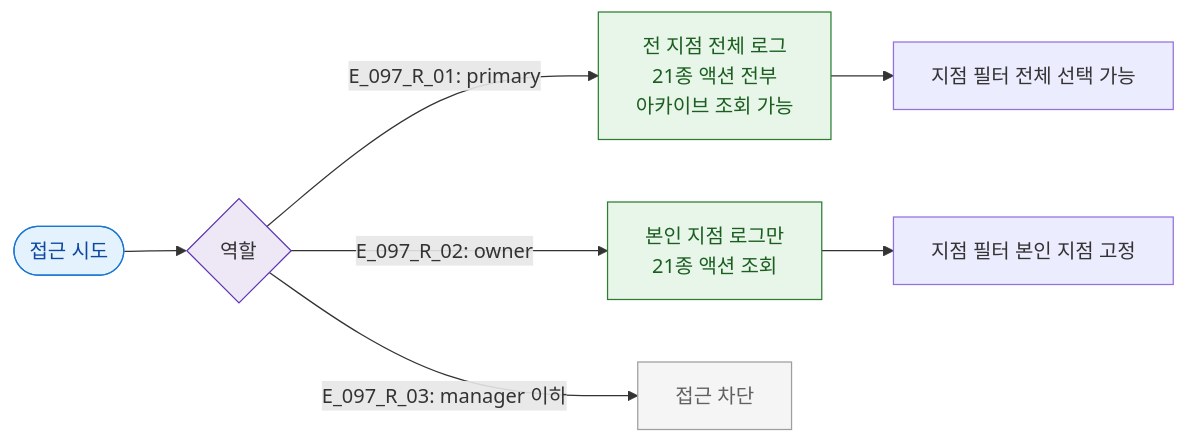
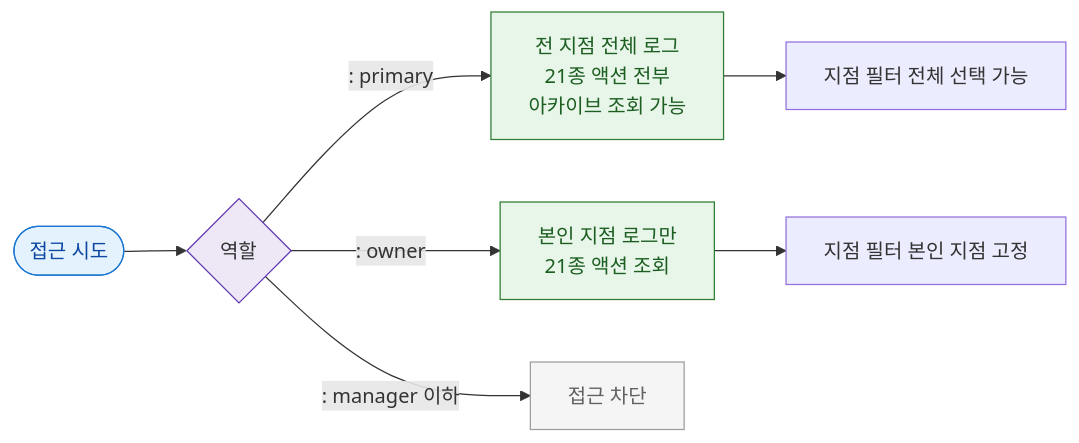
One commit to dev-spogym/admin-pando changed the diagram in docs/다이어그램/D10_본사관리/SCR-097_감사로그/F7_권한.md. Above: the diagram before and after it, drawn with Mermaid. The commit also changed other lines of this file and 1660 other files, not shown here.

First line of the commit message:
다이어그램: 기획자/클라이언트 납품본으로 정리

````diff
--- a/docs/다이어그램/D10_본사관리/SCR-097_감사로그/F7_권한.md
+++ b/docs/다이어그램/D10_본사관리/SCR-097_감사로그/F7_권한.md
@@ -14,21 +12,21 @@
 ```mermaid
 flowchart LR
   Entry([접근 시도]) --> Role{역할}
 
-  Role -->|"E_097_R_01: primary"| PrimaryFull[전 지점 전체 로그\n21종 액션 전부\n아카이브 조회 가능]
-  Role -->|"E_097_R_02: owner"| OwnerPartial[본인 지점 로그만\n21종 액션 조회]
-  Role -->|"E_097_R_03: manager 이하"| Blocked[접근 차단]
+  Role -->|": primary"|PrimaryFull[전 지점 전체 로그\n21종 액션 전부\n아카이브 조회 가능]
+  Role -->|": owner"|OwnerPartial[본인 지점 로그만\n21종 액션 조회]
+  Role -->|": manager 이하"|Blocked[접근 차단]
 
   PrimaryFull --> P_Filter[지점 필터 전체 선택 가능]
   OwnerPartial --> O_Filter[지점 필터 본인 지점 고정]
 
   classDef screen fill:#E3F2FD,stroke:#1976D2,color:#0D47A1
   classDef system fill:#EDE7F6,stroke:#5E35B2
   classDef success fill:#E8F5E9,stroke:#2E7D32,color:#1B5E20
   classDef rbacBlocked fill:#F5F5F5,stroke:#9E9E9E,color:#616161
 
   class Entry screen
   class Role system
   class PrimaryFull,OwnerPartial success
   class Blocked rbacBlocked
 ```
````
